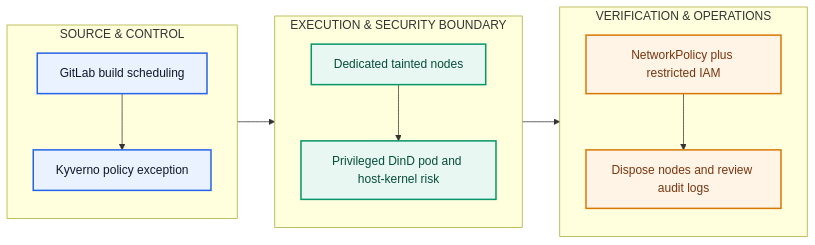
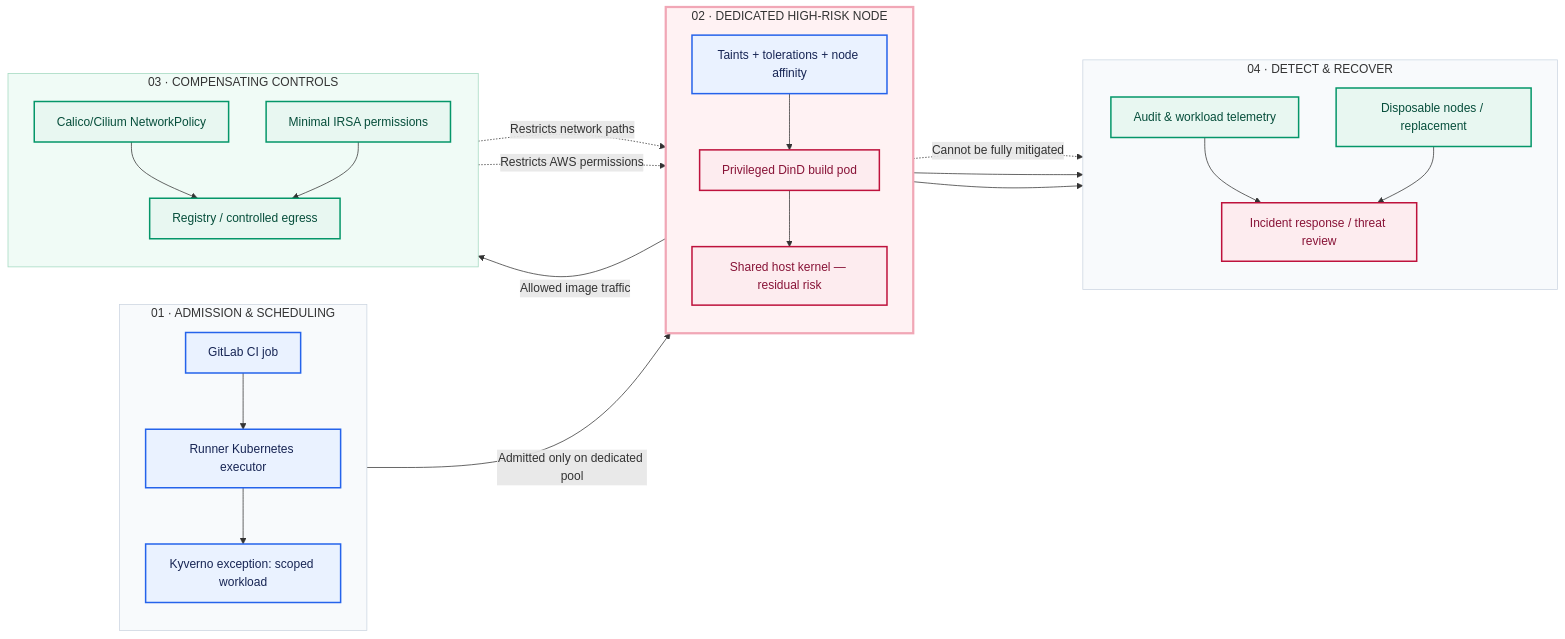
The diagram in engineering-reference/guides/security/privileged-gitlab-runners/diagram.mmd (platform-engineering-labz/platform-engineering), drawn with Mermaid before and after one commit. The commit also changed 2 other files, not shown here.

Commit message:
docs: replace security, EKS and EOL sketches with detailed architecture views

```diff
--- a/engineering-reference/guides/security/privileged-gitlab-runners/diagram.mmd
+++ b/engineering-reference/guides/security/privileged-gitlab-runners/diagram.mmd
@@ -1,21 +1,48 @@
 flowchart LR
-  subgraph S0["SOURCE & CONTROL"]
-    direction TB
-    N0["GitLab build scheduling"] --> N1["Kyverno policy exception"]
-  end
-  subgraph S1["EXECUTION & SECURITY BOUNDARY"]
-    direction TB
-    N2["Dedicated tainted nodes"] --> N3["Privileged DinD pod and host-kernel risk"]
-  end
-  N1 --> N2
-  subgraph S2["VERIFICATION & OPERATIONS"]
-    direction TB
-    N4["NetworkPolicy plus restricted IAM"] --> N5["Dispose nodes and review audit logs"]
-  end
-  N3 --> N4
-  classDef blue fill:#EAF2FF,stroke:#2563EB,stroke-width:2px,color:#0F172A
-  classDef green fill:#E8F7F1,stroke:#059669,stroke-width:2px,color:#064E3B
-  classDef amber fill:#FFF4E5,stroke:#D97706,stroke-width:2px,color:#78350F
-  class N0,N1 blue
-  class N2,N3 green
-  class N4,N5 amber
+ subgraph CONTROL["01 · ADMISSION & SCHEDULING"]
+  direction TB
+  CI["GitLab CI job"]
+  RUN["Runner Kubernetes executor"]
+  KYV["Kyverno exception: scoped workload"]
+  CI --> RUN --> KYV
+ end
+ subgraph ISOLATE["02 · DEDICATED HIGH-RISK NODE"]
+  direction TB
+  TAINT["Taints + tolerations + node affinity"]
+  POD["Privileged DinD build pod"]
+  KERNEL["Shared host kernel — residual risk"]
+  TAINT --> POD --> KERNEL
+ end
+ subgraph GUARD["03 · COMPENSATING CONTROLS"]
+  direction TB
+  NET["Calico/Cilium NetworkPolicy"]
+  IAM["Minimal IRSA permissions"]
+  REG["Registry / controlled egress"]
+  NET --> REG
+  IAM --> REG
+ end
+ subgraph RESP["04 · DETECT & RECOVER"]
+  direction TB
+  AUDIT["Audit & workload telemetry"]
+  NODE["Disposable nodes / replacement"]
+  REVIEW["Incident response / threat review"]
+  AUDIT --> REVIEW
+  NODE --> REVIEW
+ end
+ KYV -->|"Admitted only on dedicated pool"| TAINT
+ NET -. "Restricts network paths" .-> POD
+ IAM -. "Restricts AWS permissions" .-> POD
+ POD -->|"Allowed image traffic"| REG
+ KERNEL -. "Cannot be fully mitigated" .-> REVIEW
+ POD --> AUDIT
+ POD --> NODE
+ classDef safe fill:#E8F7F1,stroke:#059669,stroke-width:2px,color:#064E3B
+ classDef danger fill:#FDECEF,stroke:#BE123C,stroke-width:2px,color:#881337
+ classDef neutral fill:#EAF2FF,stroke:#2563EB,stroke-width:2px,color:#172554
+ class CI,RUN,KYV,TAINT neutral
+ class NET,IAM,REG,AUDIT,NODE safe
+ class POD,KERNEL,REVIEW danger
+ style CONTROL fill:#F8FAFC,stroke:#CBD5E1
+ style ISOLATE fill:#FFF2F3,stroke:#F1A7B6,stroke-width:3px
+ style GUARD fill:#F0FBF6,stroke:#A3D9C0
+ style RESP fill:#F8FAFC,stroke:#CBD5E1
```
